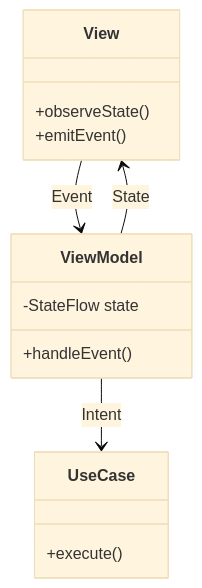
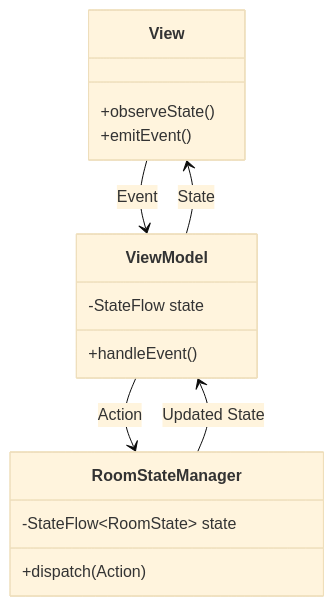
The first of 2 diagrams in docs/Architecture.md (Vinoth-ai-20/lumiroom), drawn with Mermaid (base theme) before and after one commit. The commit also changed other lines of this file and 63 other files, not shown here.

````diff
--- a/docs/Architecture.md
+++ b/docs/Architecture.md
@@ -51,17 +68,19 @@
 ```mermaid
 classDiagram
     class View {
         +observeState()
         +emitEvent()
     }
     class ViewModel {
         -StateFlow state
         +handleEvent()
     }
-    class UseCase {
-        +execute()
+    class RoomStateManager {
+        -StateFlow~RoomState~ state
+        +dispatch(Action)
     }
     View --> ViewModel : Event
     ViewModel --> View : State
-    ViewModel --> UseCase : Intent
+    ViewModel --> RoomStateManager : Action
+    RoomStateManager --> ViewModel : Updated State
 ```
````
